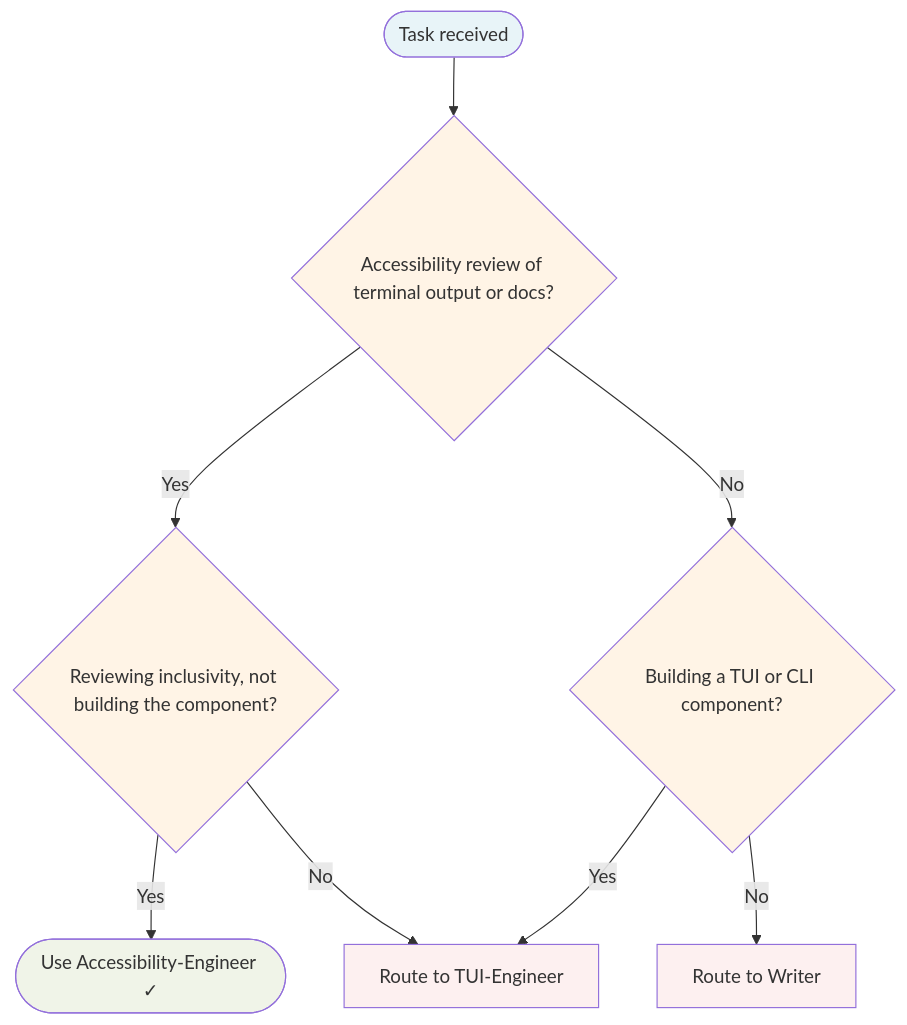
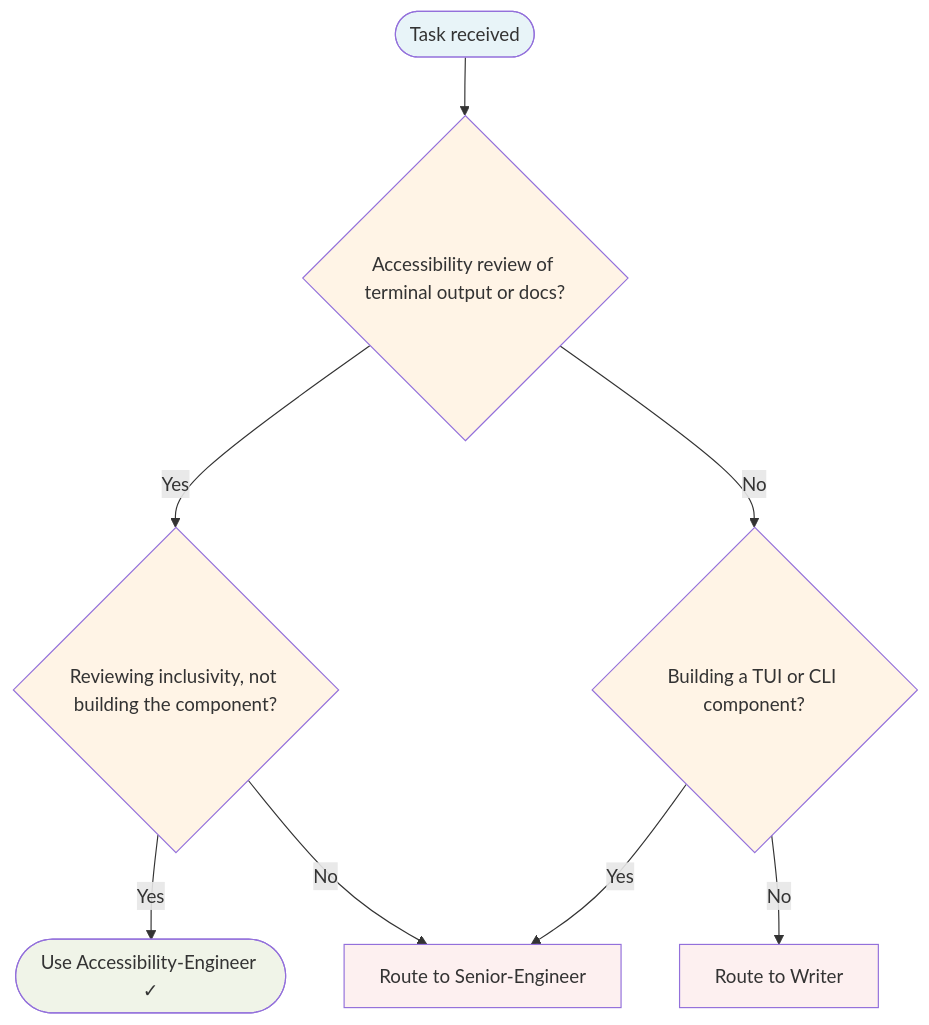
The diagram in internal/app/agents/Accessibility-Engineer.md (baphled/FlowState), drawn with Mermaid before and after one commit. The commit also changed other lines of this file and 2 other files, not shown here.

Commit message:
docs(config): m05 atomic fast path + remove dead tui-engineer references
Coordinator amendment glm52/delivery-bootstrap/coordinator-amendment
authorises the previously-proposed M05 manifest tuning:

- Tech-Lead.md Single-Task Discipline gains the atomic fast path: a
  brief that is already a single atomic task delegates directly to
  Senior-Engineer with acceptance criteria verbatim; the independent
  Code-Reviewer gate is explicitly NOT skipped.
- TUI-Engineer does not exist in the agent registry (repo or
  installed). All four dead references replaced with the live
  Senior-Engineer routing target: Team-Lead.md squad trigger,
  Tech-Lead.md delegation table, Accessibility-Engineer.md routing
  graph + sub-delegation table.

Verified: make check-agent-manifests -> "Summary: 0 violations".
No routing layers removed; review gates retained per FIRST-PASS
review requirement. Representative before/after call metrics not
reproducible in this session — reported honestly as unavailable.

````diff
--- a/internal/app/agents/Accessibility-Engineer.md
+++ b/internal/app/agents/Accessibility-Engineer.md
@@ -69,18 +69,18 @@
 ```mermaid
 graph TD
     A([Task received]) --> B{Accessibility review of terminal output or docs?}
     B -->|Yes| C{Reviewing inclusivity, not building the component?}
     B -->|No| D{Building a TUI or CLI component?}
     C -->|Yes| E([Use Accessibility-Engineer ✓])
-    C -->|No| Z1[Route to TUI-Engineer]
+    C -->|No| Z1[Route to Senior-Engineer]
     D -->|Yes| Z1
     D -->|No| Z2[Route to Writer]
 
     style A fill:#e8f4f8
     style E fill:#f0f4e8
     style Z1 fill:#fdf0f0
     style Z2 fill:#fdf0f0
     style B fill:#fff4e6
     style C fill:#fff4e6
     style D fill:#fff4e6
 ```
````
